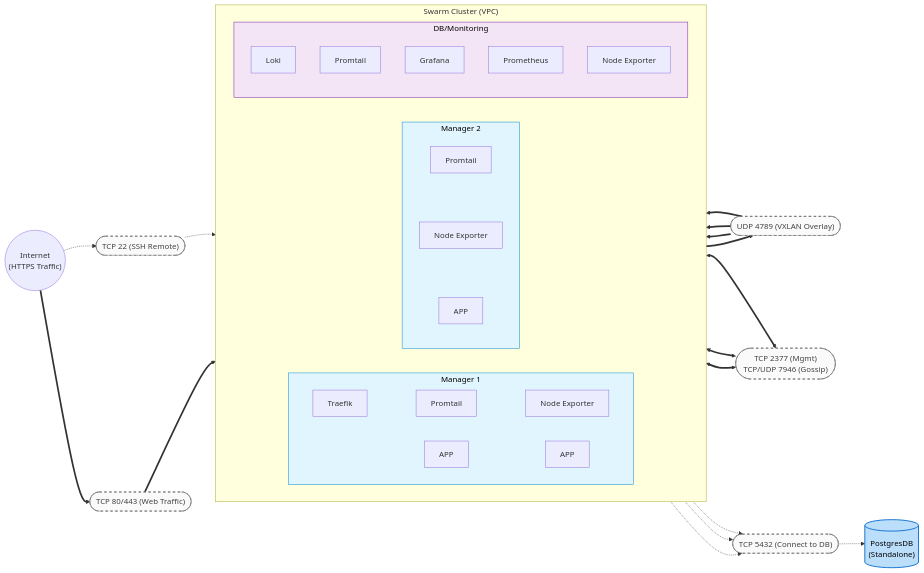
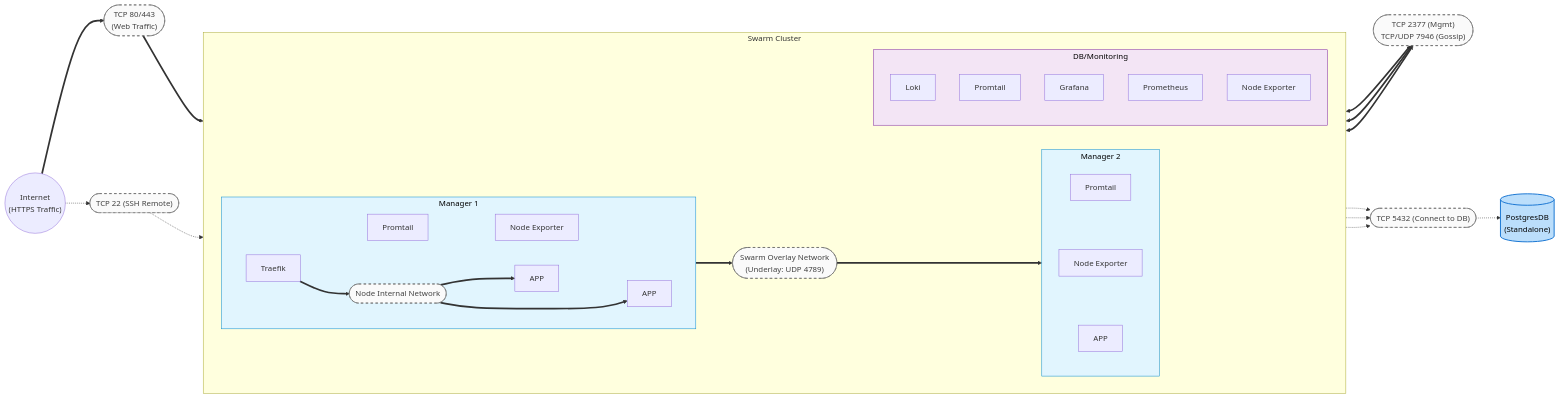
One commit to DevOps26-RE/DevOps26_RE_minitwit changed the first of 2 diagrams in report/systems/sections/charts/deployment.md. Above: the diagram before and after it, drawn with Mermaid. The commit also changed other lines of this file and 2 other files, not shown here.

Commit message:
doc: add c&c and deployment view under system report

````diff
--- a/report/systems/sections/charts/deployment.md
+++ b/report/systems/sections/charts/deployment.md
@@ -3,75 +15,77 @@
 ```mermaid
 flowchart LR
 Internet(("Internet\n(HTTPS Traffic)"))
 PostgresDB[("PostgresDB\n(Standalone)")]
 
-Overlay(["UDP 4789 (VXLAN Overlay)"])
-WebTraffic(["TCP 80/443 (Web Traffic)"])
+
+WebTraffic(["TCP 80/443\n (Web Traffic)"])
 SSH(["TCP 22 (SSH Remote)"]) ~~~
 MgmtBus(["TCP 2377 (Mgmt)<br/>TCP/UDP 7946 (Gossip)"])
 CnDB(["TCP 5432 (Connect to DB)"])
 
-subgraph SwarmCluster ["Swarm Cluster (VPC)"]
+subgraph SwarmCluster ["Swarm Cluster"]
     direction LR
-    
+    Overlay(["Swarm Overlay Network\n(Underlay: UDP 4789)"])
     subgraph Node1 ["Manager 1"]
         direction LR
+        NodeInternal(["Node Internal Network"])
         T1[Traefik] ~~~ P1[Promtail] ~~~ NE1[Node Exporter]
         W1[APP] ~~~ W2[APP]
     end
         
     subgraph Node2 ["Manager 2"]
         direction TB
         P2[Promtail] ~~~ NE2[Node Exporter] ~~~ W3[APP]
     end
     
     subgraph Node3 ["DB/Monitoring"]
         direction TB
         Lok[Loki] 
         P3[Promtail]
         Graf[Grafana]
         Prom[Prometheus]
         NE3[Node Exporter]
         end
 end
 
 %% Cluster Internal Communication
 Node1 <==> MgmtBus
 Node2 <==> MgmtBus
 Node3 <==> MgmtBus
 
 %% External Entry Points (Routing through Firewall)
 Internet ==> WebTraffic
 WebTraffic ==> T1
 
 Internet -.-> SSH
 SSH -.-> SwarmCluster
 
 %% Overlay Networking (Inter-node Traffic)
 T1 ==> Overlay
-Overlay ==> W1
-Overlay ==> W2
+T1 ==> NodeInternal
+NodeInternal ==> W1
+NodeInternal ==> W2
 Overlay ==> W3
 
 %% Database Access Path
 W1 -.-> CnDB
 W2 -.-> CnDB
 W3 -.-> CnDB
 CnDB -.-> PostgresDB
 
 
 
 
 
 %% Styles
 classDef ingress fill:#e1f5fe,stroke:#0288d1,color:#000000;
 classDef monitor fill:#f3e5f5,stroke:#7b1fa2,color:#000000;
 classDef db fill:#bbdefb,stroke:#1976d2,color:#000000,stroke-width:2px;
 classDef bus fill:#fafafa,stroke:#616161,color:#424242,stroke-width:1px,stroke-dasharray: 5 5;
 
 class Node1,Node2 ingress;
 class Node3 monitor;
 class PostgresDB db;
-class MgmtBus,CnDB,SSH,Overlay,WebTraffic bus;
+class MgmtBus,CnDB,SSH,Overlay,WebTraffic,NodeInternal bus;
 
 ```
````
